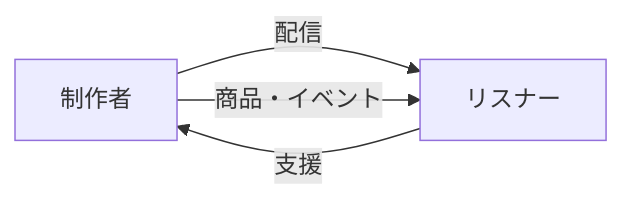
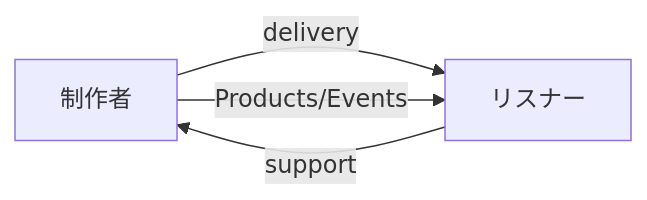
One commit to monumental-movement/monumental-movement.github.io changed the first of 2 diagrams in en/_posts/2026-01-23-column-radio-podcast.md. Above: the diagram before and after it, drawn with Mermaid. The commit also changed other lines of this file and 801 other files, not shown here.

```diff
--- a/en/_posts/2026-01-23-column-radio-podcast.md
+++ b/en/_posts/2026-01-23-column-radio-podcast.md
@@ -180,6 +181,6 @@
 <div class="mermaid">
 flowchart LR
-    制作者 -->|配信| リスナー
-    リスナー -->|支援| 制作者
-    制作者 -->|商品・イベント| リスナー
+    制作者 -->|delivery| リスナー
+    リスナー -->|support| 制作者
+    制作者 -->|Products/Events| リスナー
 </div>
```
